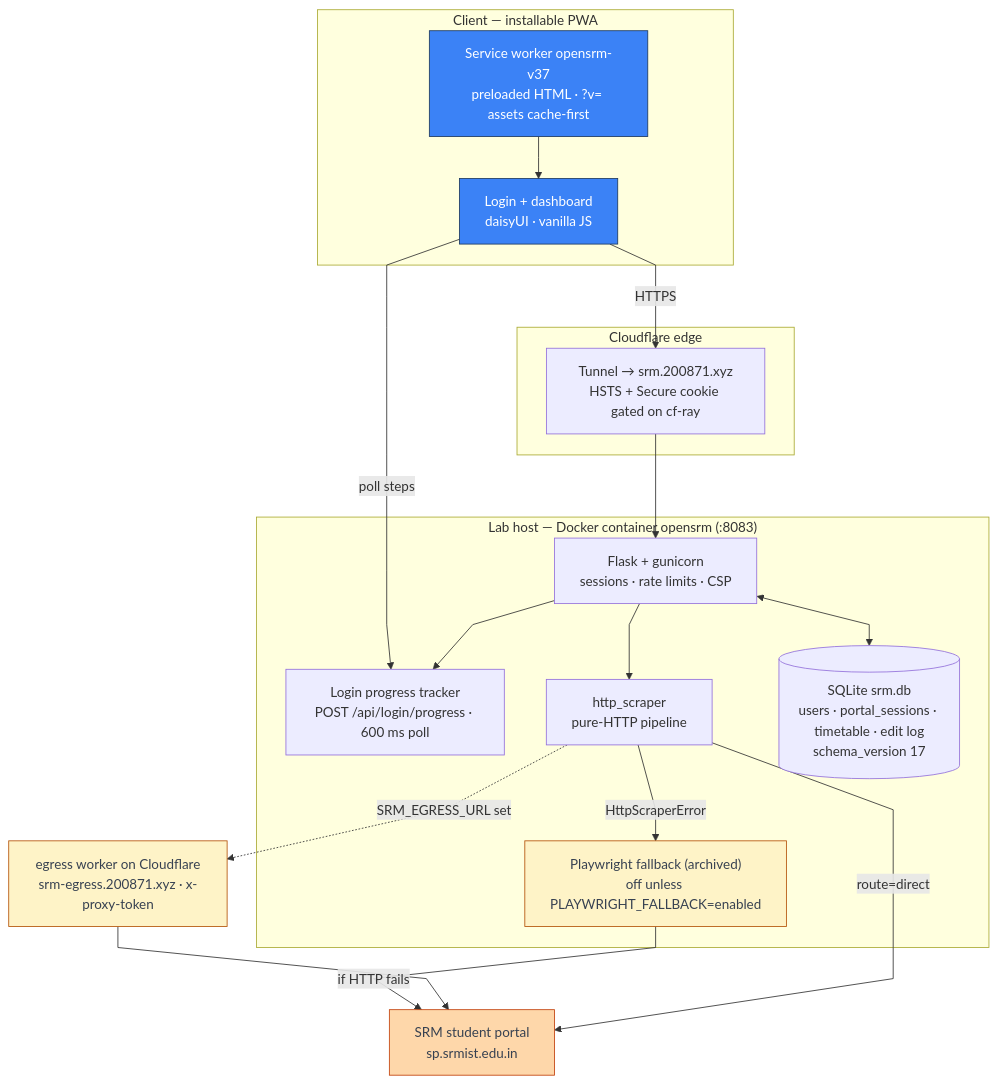
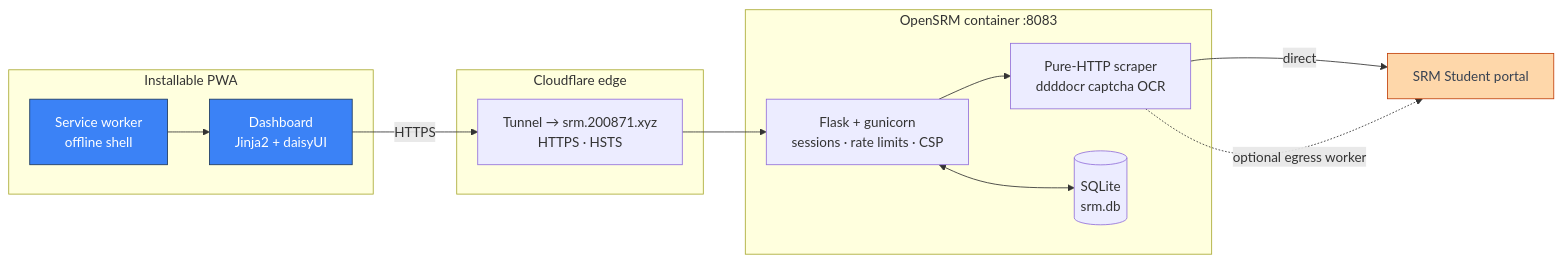
The diagram in README.md (thenabbu/OpenSRM), drawn with Mermaid before and after one commit. The commit also changed other lines of this file and 8 other files, not shown here.

````diff
--- a/README.md
+++ b/README.md
@@ -71,43 +157,28 @@
 ```mermaid
-%%{init: {"flowchart": {"curve": "linear"}}}%%
-flowchart TD
-    subgraph client["Client — installable PWA"]
-        UI["Login + dashboard<br/>daisyUI · vanilla JS"]
-        SW["Service worker opensrm-v37<br/>preloaded HTML · ?v= assets cache-first"]
+flowchart LR
+    subgraph client["Installable PWA"]
+        UI["Dashboard<br/>Jinja2 + daisyUI"]
+        SW["Service worker<br/>offline shell"]
     end
+    subgraph edge["Cloudflare edge"]
+        TUN["Tunnel → srm.200871.xyz<br/>HTTPS · HSTS"]
+    end
+    subgraph app["OpenSRM container :8083"]
+        FL["Flask + gunicorn<br/>sessions · rate limits · CSP"]
+        SCR["Pure-HTTP scraper<br/>ddddocr captcha OCR"]
+        DB[("SQLite<br/>srm.db")]
+    end
+    P["SRM Student portal"]
 
-    subgraph edge["Cloudflare edge"]
-        TUN["Tunnel → srm.200871.xyz<br/>HSTS + Secure cookie gated on cf-ray"]
-    end
+    UI -->|HTTPS| TUN --> FL
+    SW --> UI
+    FL <--> DB
+    FL --> SCR
+    SCR -->|"direct"| P
+    SCR -.->|"optional egress worker"| P
 
-    subgraph lab["Lab host — Docker container opensrm (:8083)"]
-        FL["Flask + gunicorn<br/>sessions · rate limits · CSP"]
-        PROG["Login progress tracker<br/>POST /api/login/progress · 600 ms poll"]
-        HS["http_scraper<br/>pure-HTTP pipeline"]
-        PW["Playwright fallback (archived)<br/>off unless PLAYWRIGHT_FALLBACK=enabled"]
-        DB[("SQLite srm.db<br/>users · portal_sessions · timetable · edit log<br/>schema_version 17")]
-        FL --> PROG
-        FL <--> DB
-        FL --> HS
-        HS -->|"HttpScraperError"| PW
-    end
-
-    EG["egress worker on Cloudflare<br/>srm-egress.200871.xyz · x-proxy-token"]
-    P["SRM student portal<br/>sp.srmist.edu.in"]
-
-    UI -->|"HTTPS"| TUN
-    TUN --> FL
-    SW --> UI
-    UI -->|"poll steps"| PROG
-    HS -->|"route=direct"| P
-    HS -.->|"SRM_EGRESS_URL set"| EG
-    EG --> P
-    PW -->|"if HTTP fails"| P
-
-    classDef client fill:#3b82f6,stroke:#1e3a5f,color:#ffffff
-    classDef conditional fill:#fef3c7,stroke:#b45309,color:#374151
-    classDef external fill:#fed7aa,stroke:#c2410c,color:#374151
+    classDef client fill:#3b82f6,stroke:#1e3a5f,color:#fff
+    classDef ext fill:#fed7aa,stroke:#c2410c,color:#374151
     class UI,SW client
-    class PW,EG conditional
-    class P external
+    class P ext
 ```
````
